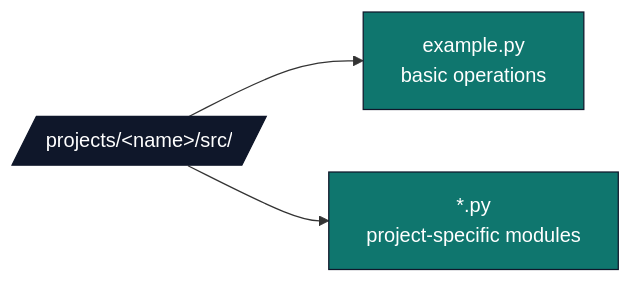
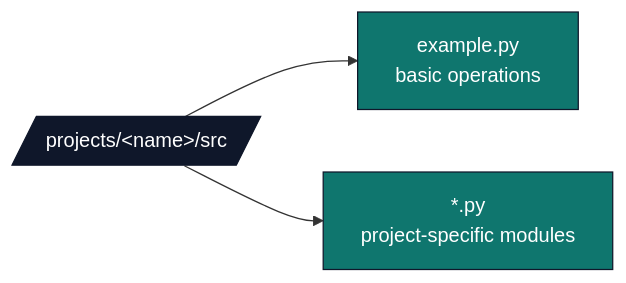
One commit to docxology/template changed the second of 9 diagrams in docs/architecture/two-layer-architecture.md. Above: the diagram before and after it, drawn with Mermaid. The commit also changed other lines of this file and 164 other files, not shown here.

````diff
--- a/docs/architecture/two-layer-architecture.md
+++ b/docs/architecture/two-layer-architecture.md
@@ -94,11 +94,11 @@
 ```mermaid
 flowchart LR
-    SRC[/projects/&lt;name&gt;/src//]
+    SRC[/projects/&lt;name&gt;/src/]
     SRC --> EX[example.py<br/>basic operations]
     SRC --> OTHER[*.py<br/>project-specific modules]
 
     classDef d fill:#0f172a,stroke:#0f172a,color:#fff
     classDef f fill:#0f766e,stroke:#0f172a,color:#fff
     class SRC d
     class EX,OTHER f
 ```
````
